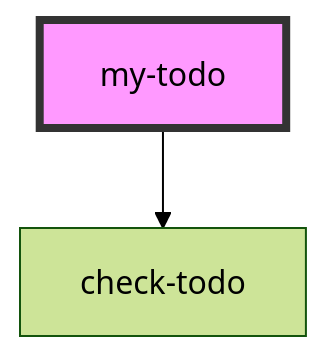
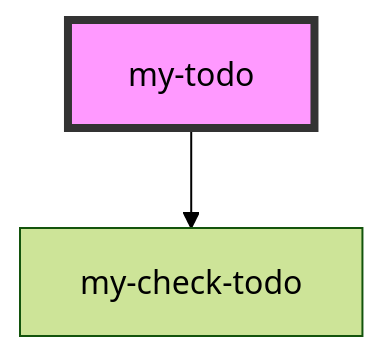
Before and after one commit to shingo1551/stencil-component: the diagram in src/components/my-todo/readme.md, drawn with Mermaid (forest theme). The commit also changed other lines of this file and 10 other files, not shown here.

````diff
--- a/src/components/my-todo/readme.md
+++ b/src/components/my-todo/readme.md
@@ -15,5 +15,5 @@
 ```mermaid
 graph TD;
-  my-todo --> check-todo
+  my-todo --> my-check-todo
   style my-todo fill:#f9f,stroke:#333,stroke-width:4px
 ```
````
